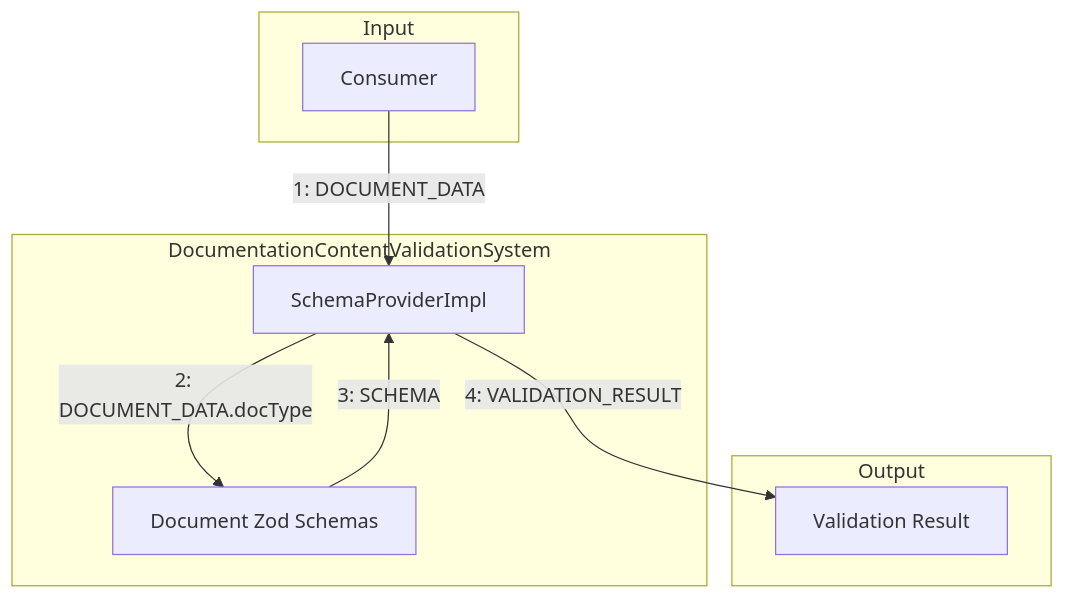
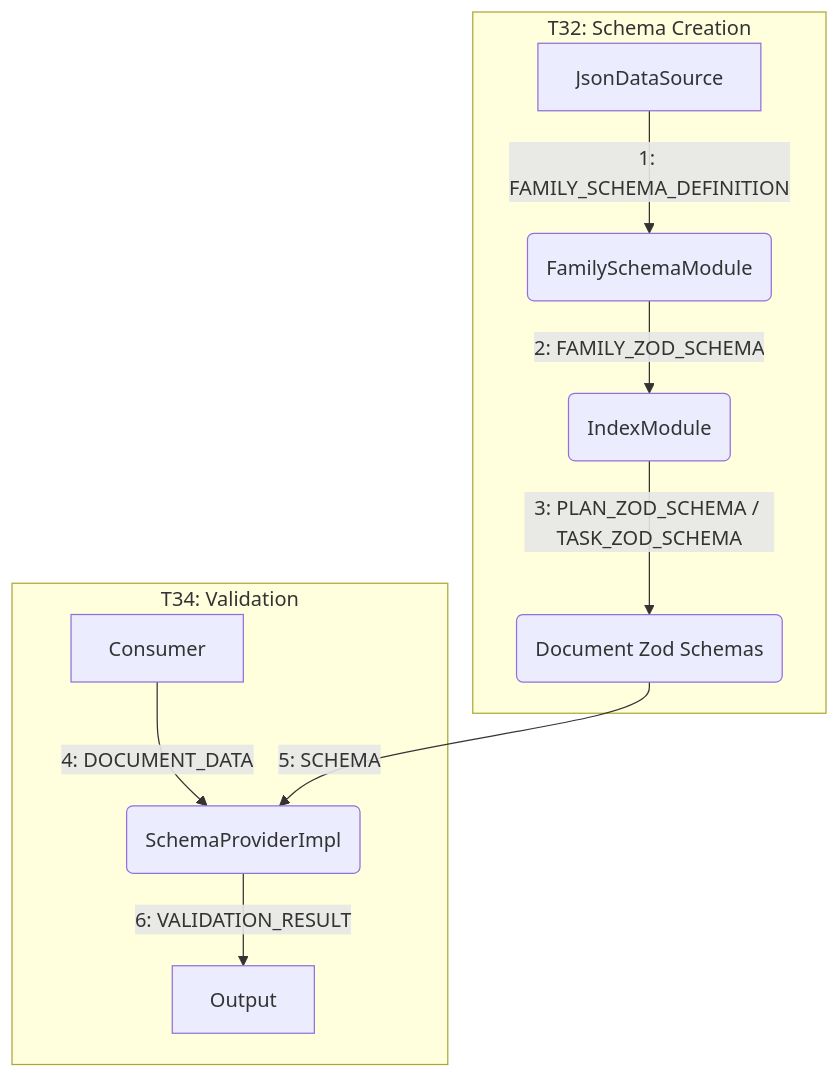
Before and after one commit to livelifelively/documentation-driven-development-tools: the fourth of 5 diagrams in docs/requirements/p1.p6-doc-content-validator.plan.md, drawn with Mermaid. The commit also changed other lines of this file and 2 other files, not shown here.

````diff
--- a/docs/requirements/p1.p6-doc-content-validator.plan.md
+++ b/docs/requirements/p1.p6-doc-content-validator.plan.md
@@ -180,20 +205,14 @@
 ```mermaid
 graph TD
-    subgraph "Input"
-        A["Consumer"]
+    subgraph "T32: Schema Creation"
+        A["JsonDataSource"] -- "1: FAMILY_SCHEMA_DEFINITION" --> B("FamilySchemaModule");
+        B -- "2: FAMILY_ZOD_SCHEMA" --> C("IndexModule");
+        C -- "3: PLAN_ZOD_SCHEMA / TASK_ZOD_SCHEMA" --> D(Document Zod Schemas);
     end
 
-    subgraph "DocumentationContentValidationSystem"
-        B[SchemaProviderImpl]
-        C[Document Zod Schemas]
+    subgraph "T34: Validation"
+        E["Consumer"] -- "4: DOCUMENT_DATA" --> F(SchemaProviderImpl);
+        D -- "5: SCHEMA" --> F;
+        F -- "6: VALIDATION_RESULT" --> G["Output"];
     end
-
-    subgraph "Output"
-        D["Validation Result"]
-    end
-
-    A -- "1: DOCUMENT_DATA" --> B
-    B -- "2: DOCUMENT_DATA.docType" --> C
-    C -- "3: SCHEMA" --> B
-    B -- "4: VALIDATION_RESULT" --> D
 ```
````
